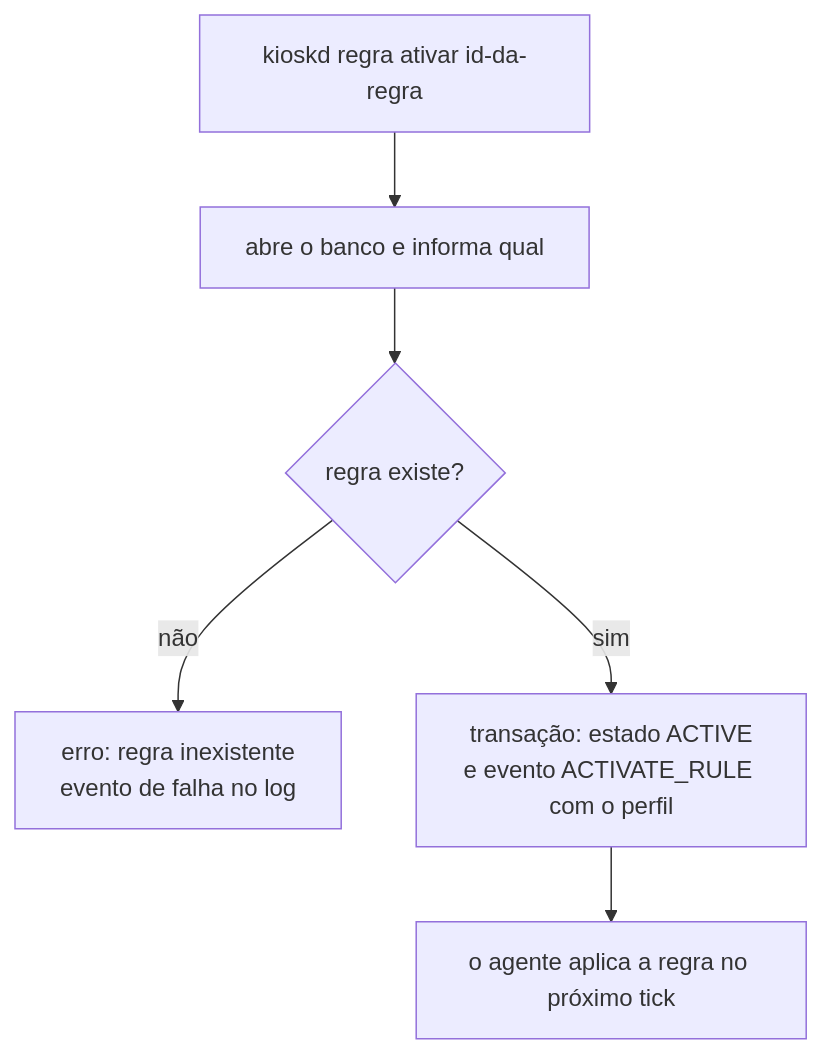
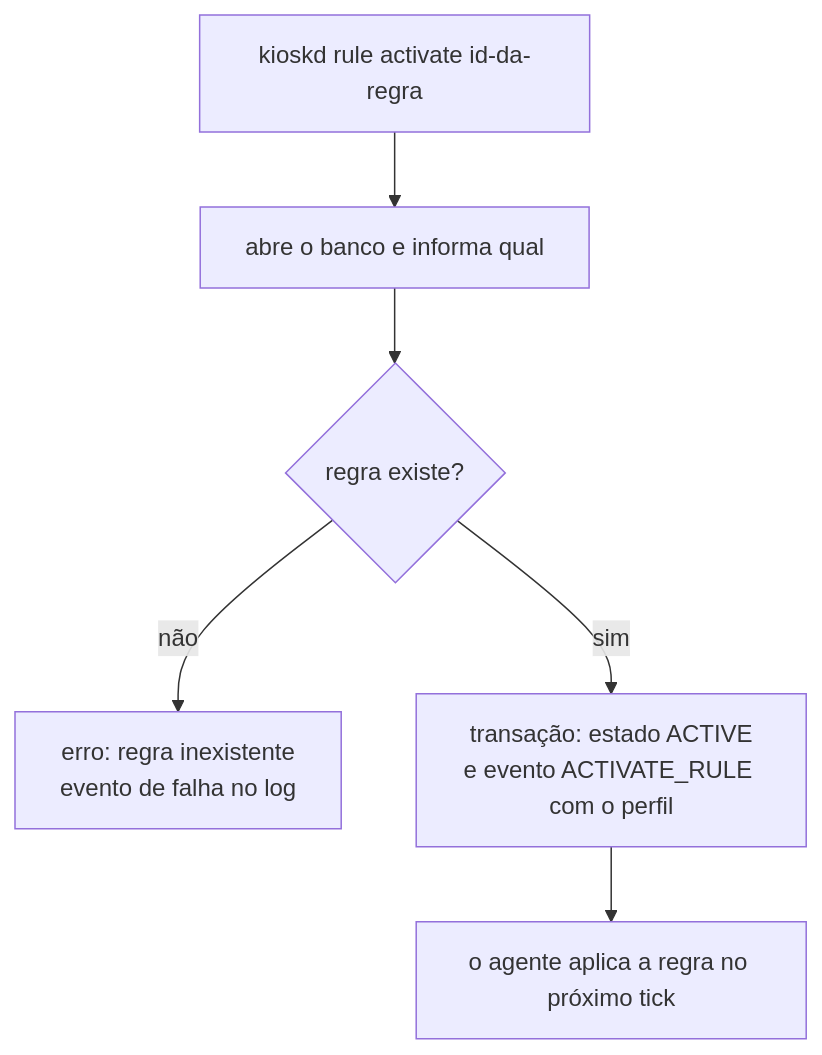
Before and after one commit to jefersonlop3s/kiosk-engine: diagram 14 of 28 in docs/architecture/fluxos-dos-comandos.md, drawn with Mermaid. The commit also changed other lines of this file and 43 other files, not shown here.

````diff
--- a/docs/architecture/fluxos-dos-comandos.md
+++ b/docs/architecture/fluxos-dos-comandos.md
@@ -218,8 +218,8 @@
 ```mermaid
 flowchart TD
-    A["kioskd regra ativar id-da-regra"] --> B["abre o banco e informa qual"]
+    A["kioskd rule activate id-da-regra"] --> B["abre o banco e informa qual"]
     B --> C{"regra existe?"}
     C -->|não| E["erro: regra inexistente<br/>evento de falha no log"]
     C -->|sim| D["transação: estado ACTIVE<br/>e evento ACTIVATE_RULE com o perfil"]
     D --> F["o agente aplica a regra no próximo tick"]
 ```
````
